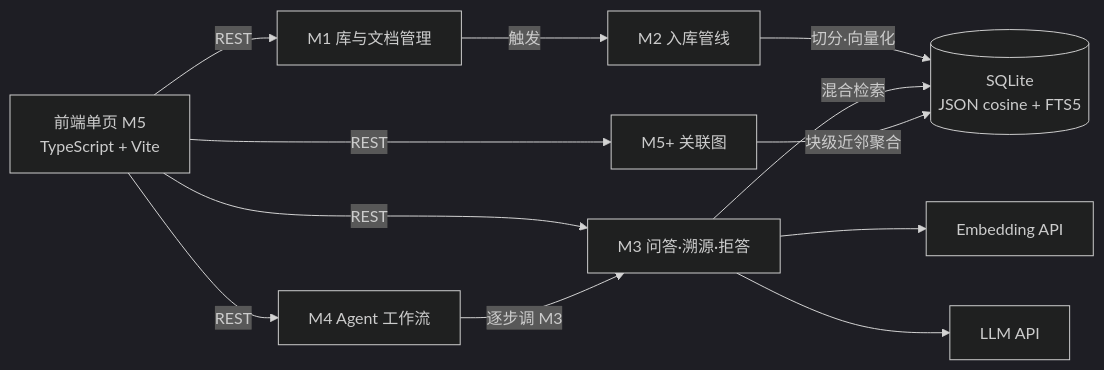
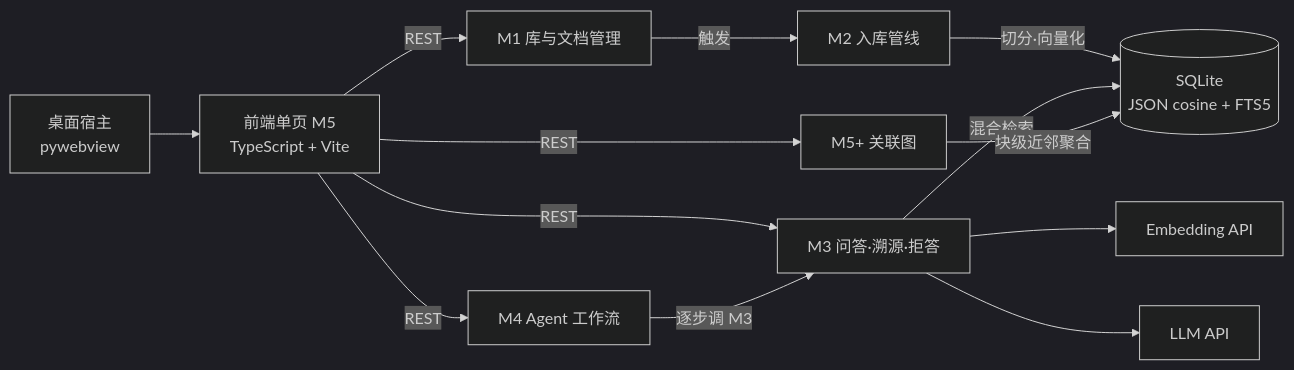
One commit to One-29/personal-knowledge-base changed the second of 2 diagrams in docs/design/00-overview.md. Above: the diagram before and after it, drawn with Mermaid (dark theme). The commit also changed other lines of this file and 17 other files, not shown here.

````diff
--- a/docs/design/00-overview.md
+++ b/docs/design/00-overview.md
@@ -78,14 +79,15 @@
 ```mermaid
 flowchart LR
-    FE[前端单页 M5<br/>TypeScript + Vite] -->|REST| M1[M1 库与文档管理]
+    HOST[桌面宿主<br/>pywebview] --> FE[前端单页 M5<br/>TypeScript + Vite]
+    FE -->|REST| M1[M1 库与文档管理]
     FE -->|REST| M3[M3 问答·溯源·拒答]
     FE -->|REST| M4[M4 Agent 工作流]
     FE -->|REST| G[M5+ 关联图]
     M1 -->|触发| M2[M2 入库管线]
     M2 -->|切分·向量化| DB[(SQLite<br/>JSON cosine + FTS5)]
     M3 -->|混合检索| DB
     M3 --> EMB[Embedding API]
     M3 --> LLM[LLM API]
     M4 -->|逐步调 M3| M3
     G -->|块级近邻聚合| DB
 ```
````
